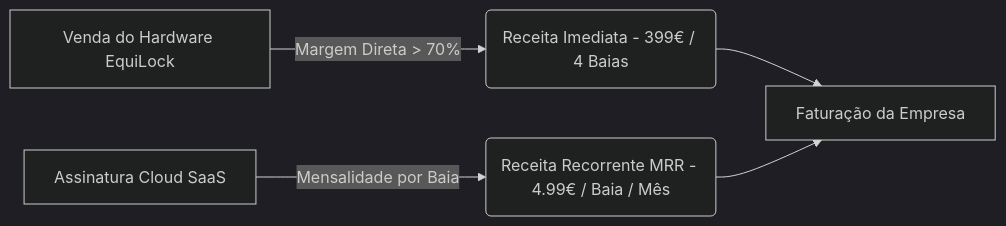
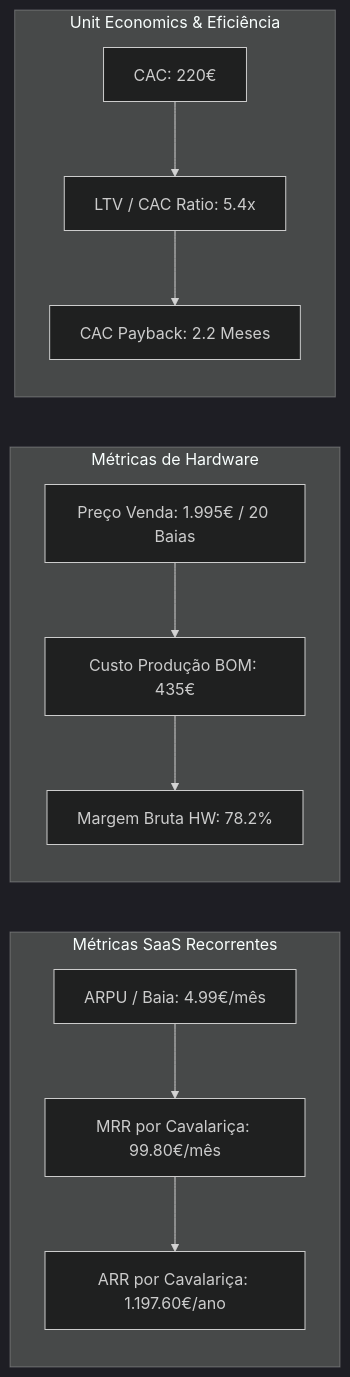
One commit to jotadateta/GallopIT changed the first of 2 diagrams in docs/business_plan.md. Above: the diagram before and after it, drawn with Mermaid (dark theme). The commit also changed other lines of this file and 5 other files, not shown here.

````diff
--- a/docs/business_plan.md
+++ b/docs/business_plan.md
@@ -79,8 +39,17 @@
 ```mermaid
 flowchart LR
-    A[Venda do Hardware EquiLock] -->|Margem Direta > 70%| B(Receita Imediata - 399€ / 4 Baias)
-    C[Assinatura Cloud SaaS] -->|Mensalidade por Baia| D(Receita Recorrente MRR - 4.99€ / Baia / Mês)
-    
-    B --> E[Faturação da Empresa]
-    D --> E
+    subgraph SaaS_Metrics [Métricas SaaS Recorrentes]
+    A[ARPU / Baia: 4.99€/mês] --> B[MRR por Cavalariça: 99.80€/mês]
+    B --> C[ARR por Cavalariça: 1.197.60€/ano]
+    end
+
+    subgraph Hardware_Metrics [Métricas de Hardware]
+    D[Preço Venda: 1.995€ / 20 Baias] --> E[Custo Produção BOM: 435€]
+    E --> F[Margem Bruta HW: 78.2%]
+    end
+
+    subgraph Unit_Economics [Unit Economics & Eficiência]
+    G[CAC: 220€] --> H[LTV / CAC Ratio: 5.4x]
+    H --> I[CAC Payback: 2.2 Meses]
+    end
 ```
````
